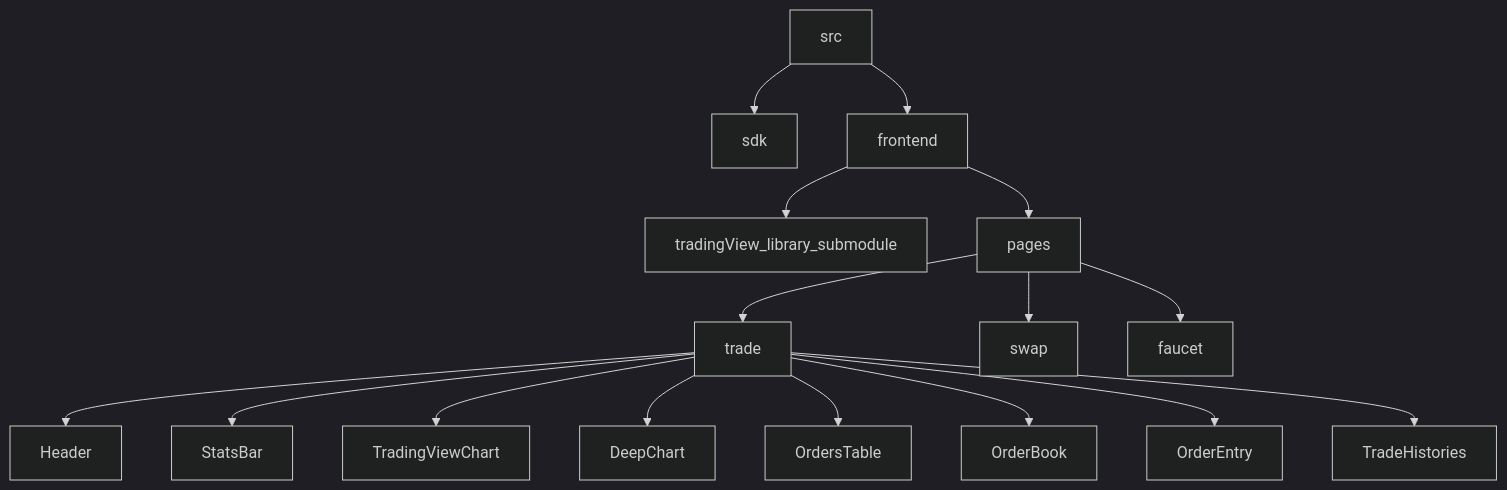
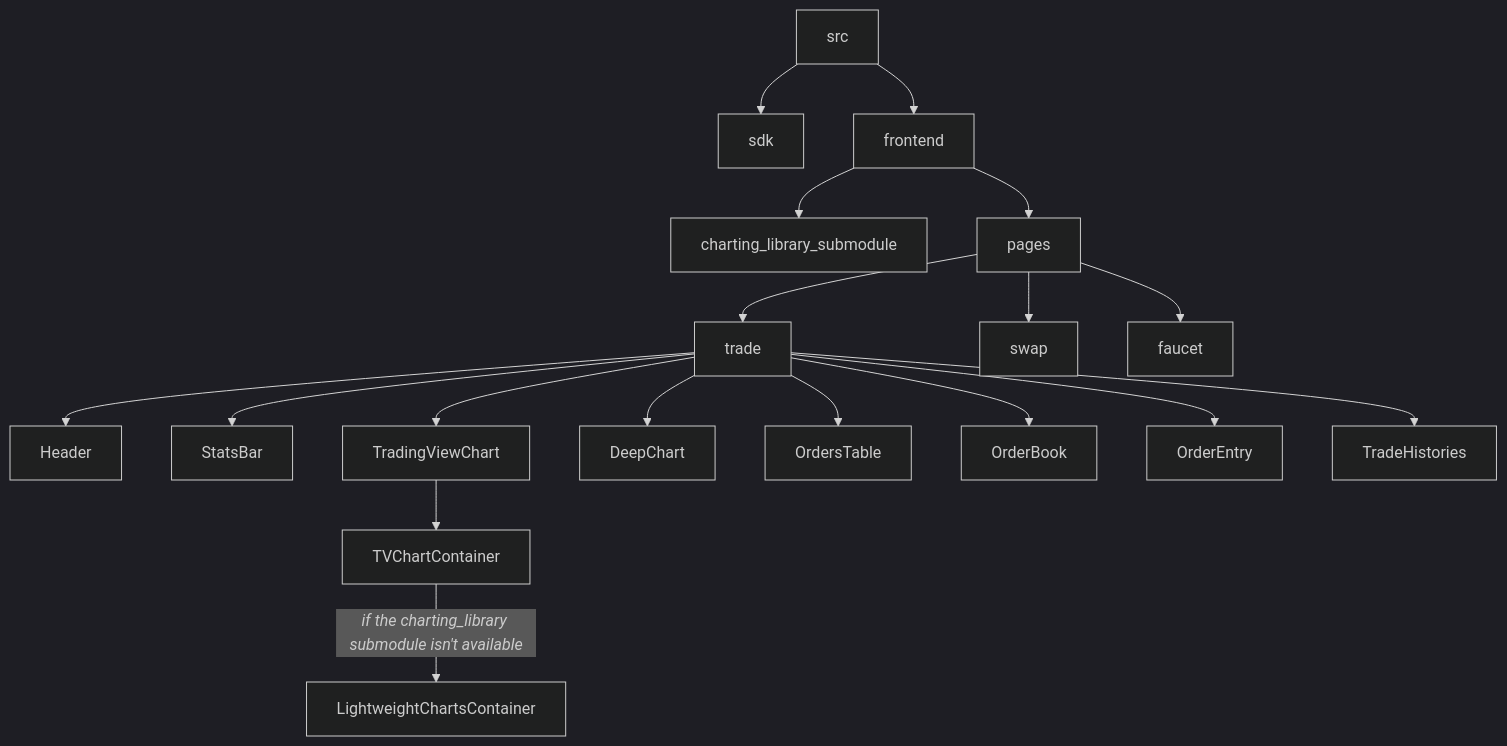
Before and after one commit to econia-labs/econia-frontend: the diagram in README.md, drawn with Mermaid (dark theme). The commit also changed other lines of this file, not shown here.

Commit message:
Update mermaid diagrams and update summary for the new open source charting fallback functionality

````diff
--- a/README.md
+++ b/README.md
@@ -152,18 +152,20 @@
 ```mermaid
-  graph TD;
+   graph TD;
       src-->sdk;
       src-->frontend;
-      frontend-->tradingView_library_submodule;
+      frontend-->charting_library_submodule;
       frontend-->pages;
       pages-->trade;
       pages-->swap;
       pages-->faucet;
       trade-->Header;
       trade-->StatsBar;
       trade-->TradingViewChart;
       trade-->DeepChart;
       trade-->OrdersTable;
       trade-->OrderBook;
       trade-->OrderEntry;
       trade-->TradeHistories;
+      TradingViewChart-->TVChartContainer;
+      TVChartContainer--"`*if the charting_library submodule isn't available*`"-->LightweightChartsContainer;
 ```
````
